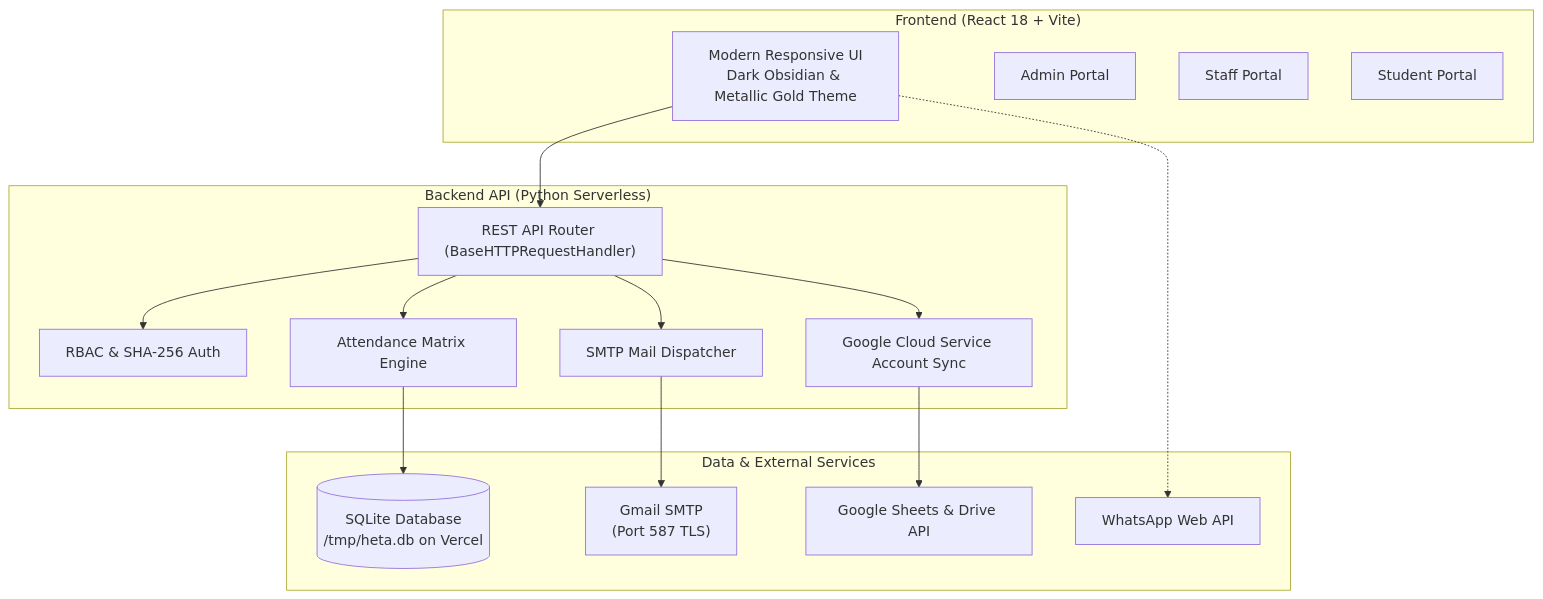
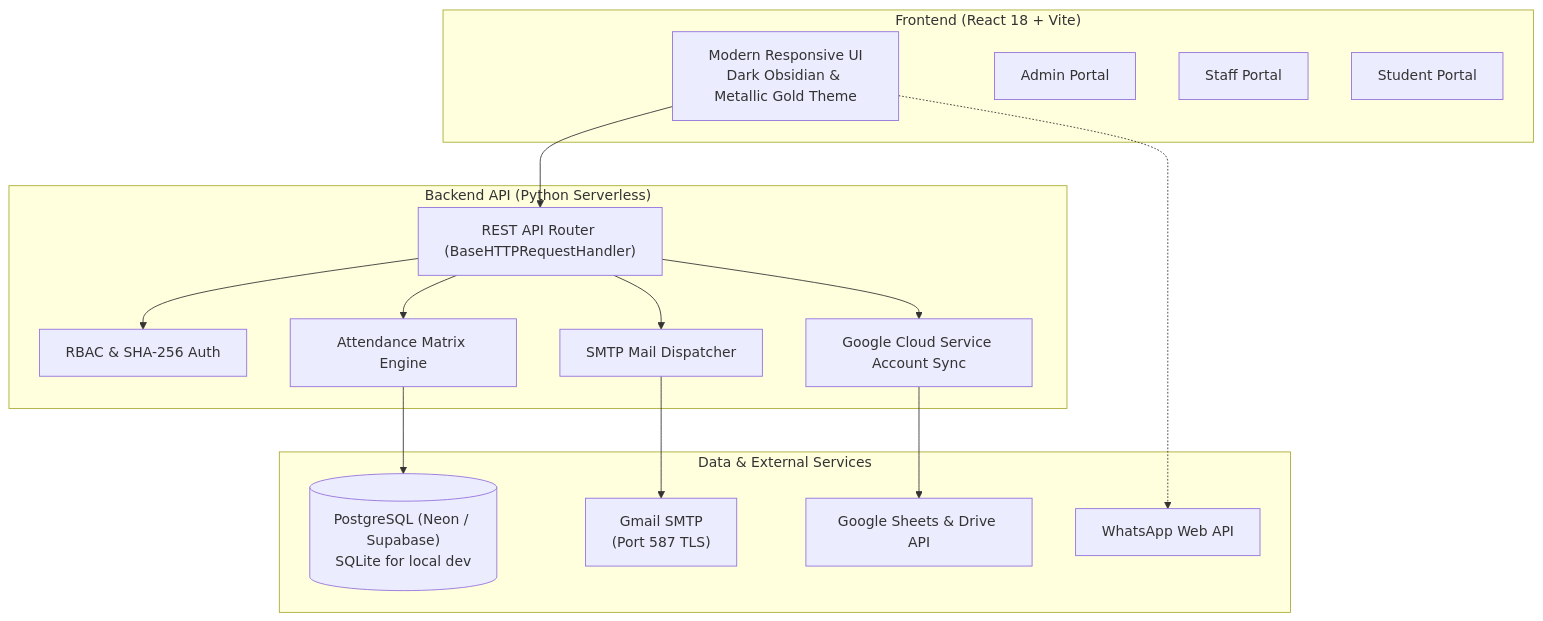
The diagram in README.md (praveshbalaji/heta-hrm), drawn with Mermaid before and after one commit. The commit also changed 14 other files, not shown here.

First line of the commit message:
Persist data in PostgreSQL and restrict deletes to admins

````diff
--- a/README.md
+++ b/README.md
@@ -60,34 +60,34 @@
 ```mermaid
 flowchart TD
     subgraph Frontend ["Frontend (React 18 + Vite)"]
         UI["Modern Responsive UI\nDark Obsidian & Metallic Gold Theme"]
         AdminPortal["Admin Portal"]
         StaffPortal["Staff Portal"]
         StudentPortal["Student Portal"]
     end
 
     subgraph Backend ["Backend API (Python Serverless)"]
         API["REST API Router (BaseHTTPRequestHandler)"]
         AuthService["RBAC & SHA-256 Auth"]
         AttendanceEngine["Attendance Matrix Engine"]
         SMTPService["SMTP Mail Dispatcher"]
         GSheetService["Google Cloud Service Account Sync"]
     end
 
     subgraph Storage ["Data & External Services"]
-        DB[("SQLite Database\n/tmp/heta.db on Vercel")]
+        DB[("PostgreSQL (Neon / Supabase)\nSQLite for local dev")]
         Gmail["Gmail SMTP\n(Port 587 TLS)"]
         GSheets["Google Sheets & Drive API"]
         WhatsApp["WhatsApp Web API"]
     end
 
     UI --> API
     API --> AuthService
     API --> AttendanceEngine
     API --> SMTPService
     API --> GSheetService
     AttendanceEngine --> DB
     SMTPService --> Gmail
     GSheetService --> GSheets
     UI -.-> WhatsApp
 ```
````
